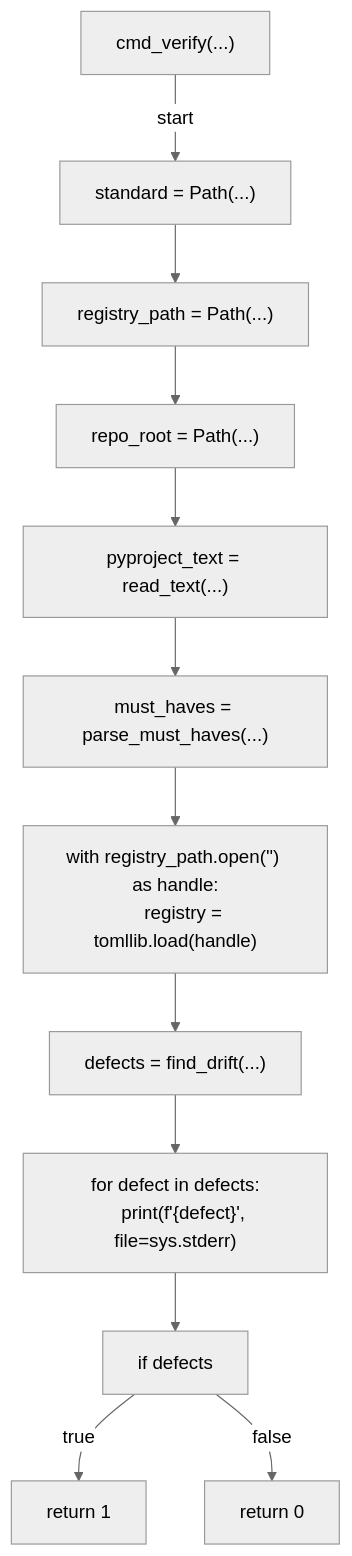
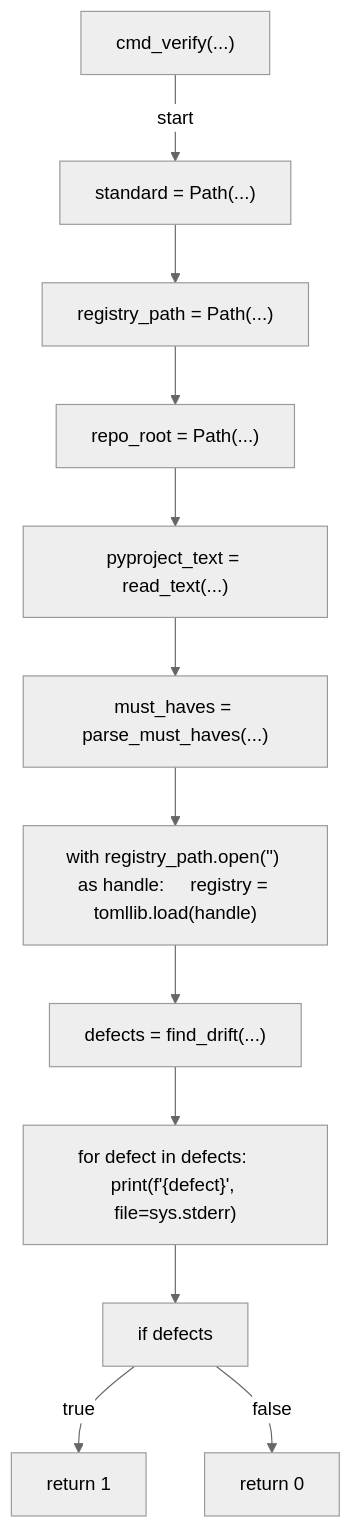
One commit to tvna/claude-md changed the fourth of 5 diagrams in docs/generated/scripts/ast/scan_quality_standard_drift.md. Above: the diagram before and after it, drawn with Mermaid (neutral theme). The commit also changed other lines of this file and 23 other files, not shown here.

First line of the commit message:
docs(generated): regenerate decision tree and workflow diagrams (batch 4/5)

````diff
--- a/docs/generated/scripts/ast/scan_quality_standard_drift.md
+++ b/docs/generated/scripts/ast/scan_quality_standard_drift.md
@@ -103,28 +78,26 @@
 ```mermaid
 flowchart TD
     N001["cmd_verify(...)"]
     N002["standard = Path(...)"]
     N003["registry_path = Path(...)"]
     N004["repo_root = Path(...)"]
     N005["pyproject_text = read_text(...)"]
     N006["must_haves = parse_must_haves(...)"]
-    N007["with registry_path.open('<str>') as handle:
-    registry = tomllib.load(handle)"]
+    N007["with registry_path.open('<str>') as handle:     registry = tomllib.load(handle)"]
     N008["defects = find_drift(...)"]
-    N009["for defect in defects:
-    print(f'<str>{defect}<str>', file=sys.stderr)"]
+    N009["for defect in defects:     print(f'<str>{defect}<str>', file=sys.stderr)"]
     N010["if defects"]
     N011["return 1"]
     N012["return 0"]
     N001 -->|"start"| N002
     N002 --> N003
     N003 --> N004
     N004 --> N005
     N005 --> N006
     N006 --> N007
     N007 --> N008
     N008 --> N009
     N009 --> N010
     N010 -->|"true"| N011
     N010 -->|"false"| N012
 ```
````
